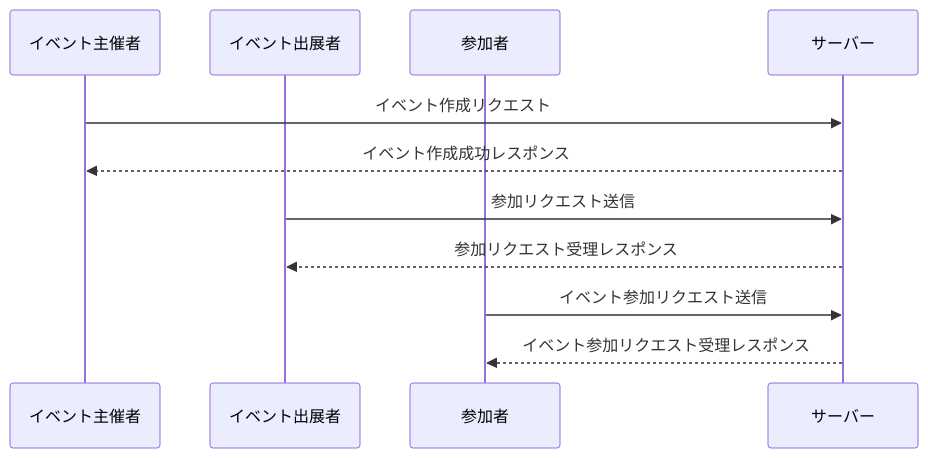
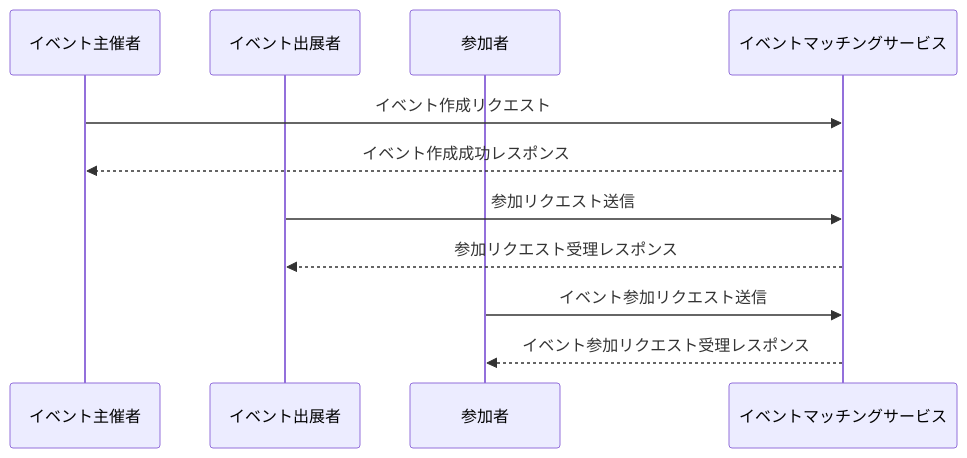
Before and after one commit to biki-cloud/ems-t3-stack: the diagram in docs/sequence-diagram.md, drawn with Mermaid.

````diff
--- a/docs/sequence-diagram.md
+++ b/docs/sequence-diagram.md
@@ -2,16 +2,16 @@
 ```mermaid
 sequenceDiagram
     participant イベント主催者
     participant イベント出展者
     participant 参加者
-    participant サーバー
+    participant イベントマッチングサービス
 
-    イベント主催者->>サーバー: イベント作成リクエスト
-    サーバー-->>イベント主催者: イベント作成成功レスポンス
+    イベント主催者->>イベントマッチングサービス: イベント作成リクエスト
+    イベントマッチングサービス-->>イベント主催者: イベント作成成功レスポンス
 
-    イベント出展者->>サーバー: 参加リクエスト送信
-    サーバー-->>イベント出展者: 参加リクエスト受理レスポンス
+    イベント出展者->>イベントマッチングサービス: 参加リクエスト送信
+    イベントマッチングサービス-->>イベント出展者: 参加リクエスト受理レスポンス
 
-    参加者->>サーバー: イベント参加リクエスト送信
-    サーバー-->>参加者: イベント参加リクエスト受理レスポンス
+    参加者->>イベントマッチングサービス: イベント参加リクエスト送信
+    イベントマッチングサービス-->>参加者: イベント参加リクエスト受理レスポンス
 ```
````
